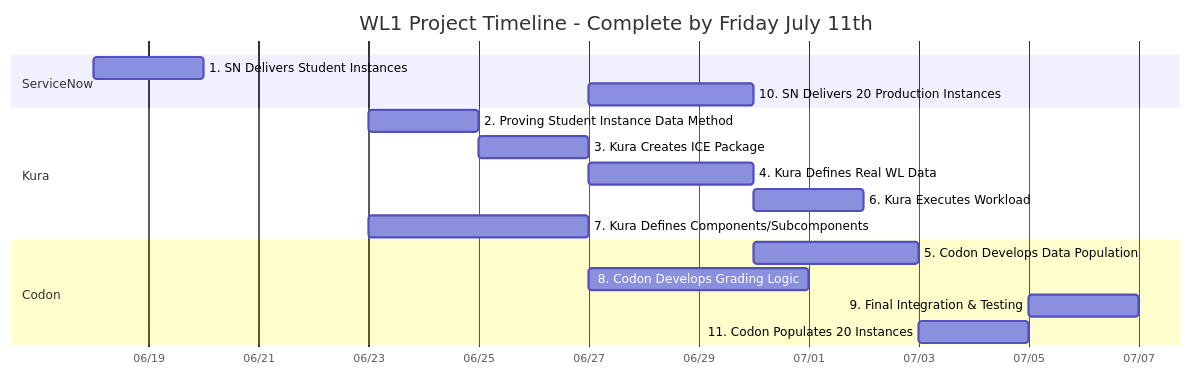
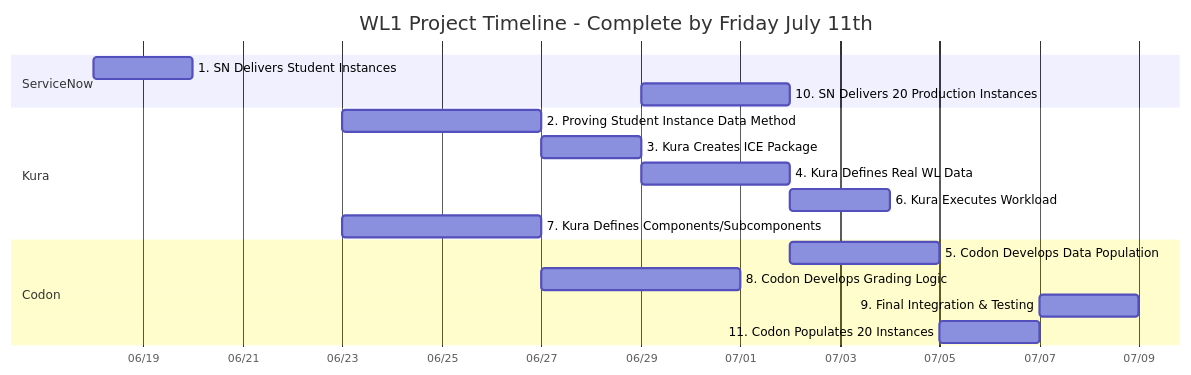
The diagram in readme.md (elmorenox/wl1_mermaid), drawn with Mermaid before and after one commit.

````diff
--- a/readme.md
+++ b/readme.md
@@ -5,23 +5,23 @@
 ```mermaid
 gantt
     title WL1 Project Timeline - Complete by Friday July 11th
     dateFormat YYYY-MM-DD
     axisFormat %m/%d
     
     section ServiceNow
     1. SN Delivers Student Instances      :sn1, 2025-06-18, 2025-06-20
     10. SN Delivers 20 Production Instances :sn10, after k3, 3d
     
     section Kura
-    2. Proving Student Instance Data Method :k2, 2025-06-23, 2025-06-25
+    2. Proving Student Instance Data Method :k2, 2025-06-23, 2025-06-27
     3. Kura Creates ICE Package           :k3, after k2, 2d
     4. Kura Defines Real WL Data          :k4, after k3, 3d
     6. Kura Executes Workload             :k6, after k4, 2d
     7. Kura Defines Components/Subcomponents :k7, 2025-06-23, 2025-06-27
     
     section Codon
     5. Codon Develops Data Population     :c5, after k4, 3d
     8. Codon Develops Grading Logic       :c8, after k7, 4d
     9. Final Integration & Testing        :c9, after c11 c8 k6, 2d
     11. Codon Populates 20 Instances      :c11, after c5, 2d
 ```
````
